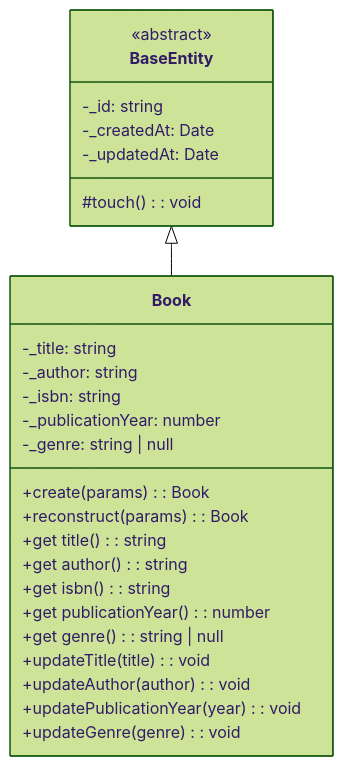
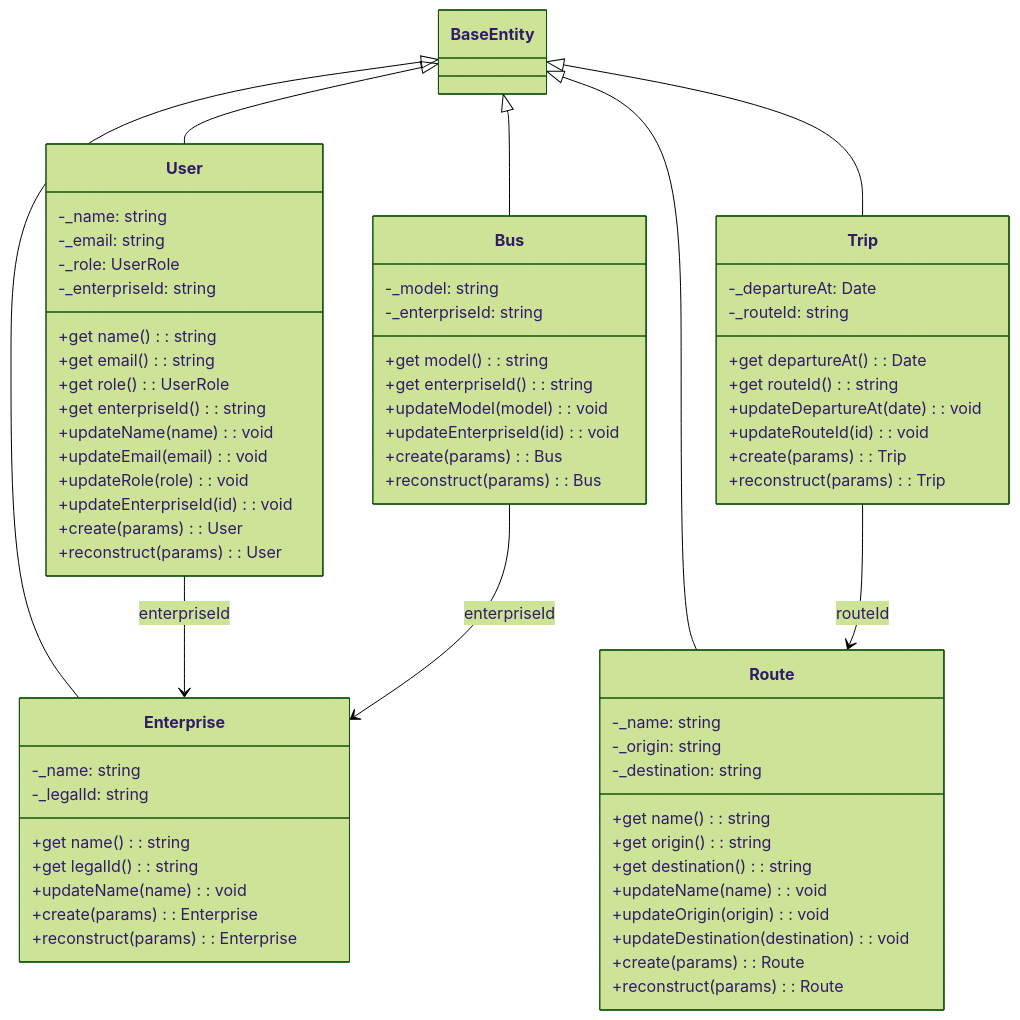
One commit to Agustin-Perezz/bus-system changed the second of 2 diagrams in docs/02_ENTITIES.md. Above: the diagram before and after it, drawn with Mermaid (forest theme). The commit also changed other lines of this file and 4 other files, not shown here.

Commit message:
Update docs for bus system domain model

````diff
--- a/docs/02_ENTITIES.md
+++ b/docs/02_ENTITIES.md
@@ -42,29 +42,71 @@
 ```mermaid
 classDiagram
-    class BaseEntity {
-        <<abstract>>
-        -_id: string
-        -_createdAt: Date
-        -_updatedAt: Date
-        #touch(): void
+    class Enterprise {
+        -_name: string
+        -_legalId: string
+        +get name(): string
+        +get legalId(): string
+        +updateName(name): void
+        +create(params): Enterprise
+        +reconstruct(params): Enterprise
     }
-    class Book {
-        -_title: string
-        -_author: string
-        -_isbn: string
-        -_publicationYear: number
-        -_genre: string | null
-        +create(params): Book
-        +reconstruct(params): Book
-        +get title(): string
-        +get author(): string
-        +get isbn(): string
-        +get publicationYear(): number
-        +get genre(): string | null
-        +updateTitle(title): void
-        +updateAuthor(author): void
-        +updatePublicationYear(year): void
-        +updateGenre(genre): void
+    class Route {
+        -_name: string
+        -_origin: string
+        -_destination: string
+        +get name(): string
+        +get origin(): string
+        +get destination(): string
+        +updateName(name): void
+        +updateOrigin(origin): void
+        +updateDestination(destination): void
+        +create(params): Route
+        +reconstruct(params): Route
     }
-    BaseEntity <|-- Book
+    class User {
+        -_name: string
+        -_email: string
+        -_role: UserRole
+        -_enterpriseId: string
+        +get name(): string
+        +get email(): string
+        +get role(): UserRole
+        +get enterpriseId(): string
+        +updateName(name): void
+        +updateEmail(email): void
+        +updateRole(role): void
+        +updateEnterpriseId(id): void
+        +create(params): User
+        +reconstruct(params): User
+    }
+    class Bus {
+        -_model: string
+        -_enterpriseId: string
+        +get model(): string
+        +get enterpriseId(): string
+        +updateModel(model): void
+        +updateEnterpriseId(id): void
+        +create(params): Bus
+        +reconstruct(params): Bus
+    }
+    class Trip {
+        -_departureAt: Date
+        -_routeId: string
+        +get departureAt(): Date
+        +get routeId(): string
+        +updateDepartureAt(date): void
+        +updateRouteId(id): void
+        +create(params): Trip
+        +reconstruct(params): Trip
+    }
+
+    BaseEntity <|-- Enterprise
+    BaseEntity <|-- Route
+    BaseEntity <|-- User
+    BaseEntity <|-- Bus
+    BaseEntity <|-- Trip
+
+    User --> Enterprise : enterpriseId
+    Bus --> Enterprise : enterpriseId
+    Trip --> Route : routeId
 ```
````
